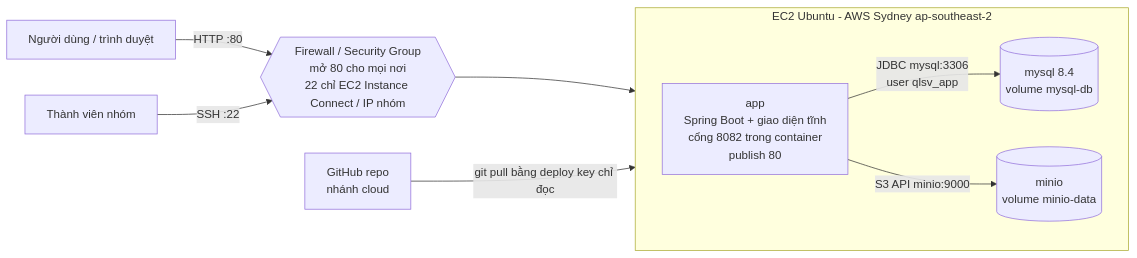
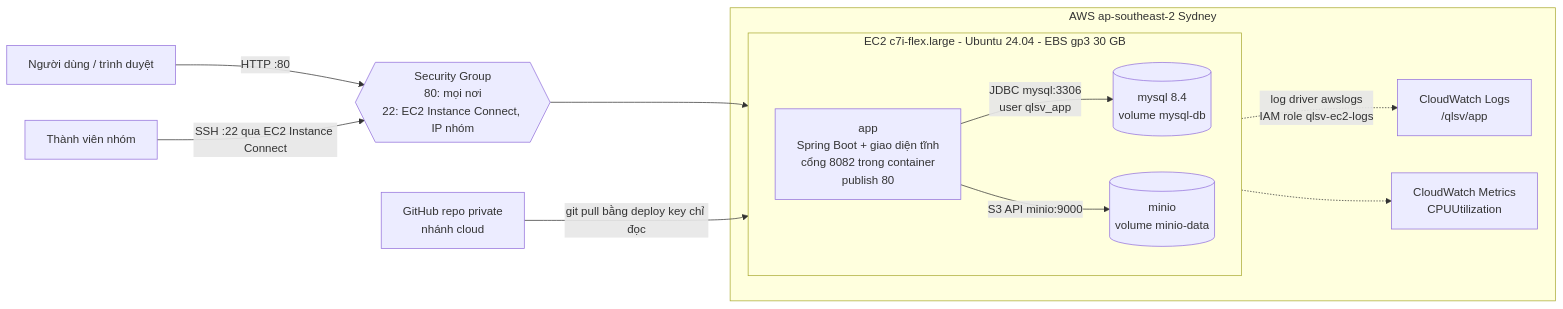
The diagram in docs/architecture.md (TrungBui206/QLSV-CloudComputing), drawn with Mermaid before and after one commit. The commit also changed other lines of this file and 15 other files, not shown here.

First line of the commit message:
Database và lưu trữ, kiểm thử T1–T7 trên AWS, log CloudWatch, chi phí (#4)

````diff
--- a/docs/architecture.md
+++ b/docs/architecture.md
@@ -5,17 +9,23 @@
 ```mermaid
 flowchart LR
-    U[Người dùng / trình duyệt] -->|HTTP :80| FW{{Firewall / Security Group<br/>mở 80 cho mọi nơi<br/>22 chỉ EC2 Instance Connect / IP nhóm}}
-    Dev[Thành viên nhóm] -->|SSH :22| FW
-    FW --> VM
+    U[Người dùng / trình duyệt] -->|HTTP :80| SG{{Security Group<br/>80: mọi nơi<br/>22: EC2 Instance Connect, IP nhóm}}
+    Dev[Thành viên nhóm] -->|SSH :22 qua EC2 Instance Connect| SG
+    SG --> APP
 
-    subgraph VM[EC2 Ubuntu - AWS Sydney ap-southeast-2]
-        direction LR
-        APP[app<br/>Spring Boot + giao diện tĩnh<br/>cổng 8082 trong container<br/>publish 80]
-        DB[(mysql 8.4<br/>volume mysql-db)]
-        S3[(minio<br/>volume minio-data)]
-        APP -->|JDBC mysql:3306<br/>user qlsv_app| DB
-        APP -->|S3 API minio:9000| S3
+    subgraph AWS[AWS ap-southeast-2 Sydney]
+        subgraph VM[EC2 c7i-flex.large - Ubuntu 24.04 - EBS gp3 30 GB]
+            direction LR
+            APP[app<br/>Spring Boot + giao diện tĩnh<br/>cổng 8082 trong container<br/>publish 80]
+            DB[(mysql 8.4<br/>volume mysql-db)]
+            S3[(minio<br/>volume minio-data)]
+            APP -->|JDBC mysql:3306<br/>user qlsv_app| DB
+            APP -->|S3 API minio:9000| S3
+        end
+        CW[CloudWatch Logs<br/>/qlsv/app]
+        CWM[CloudWatch Metrics<br/>CPUUtilization]
+        APP -.->|log driver awslogs<br/>IAM role qlsv-ec2-logs| CW
+        VM -.-> CWM
     end
 
-    GH[GitHub repo<br/>nhánh cloud] -->|git pull bằng deploy key chỉ đọc| VM
+    GH[GitHub repo private<br/>nhánh cloud] -->|git pull bằng deploy key chỉ đọc| VM
 ```
````
